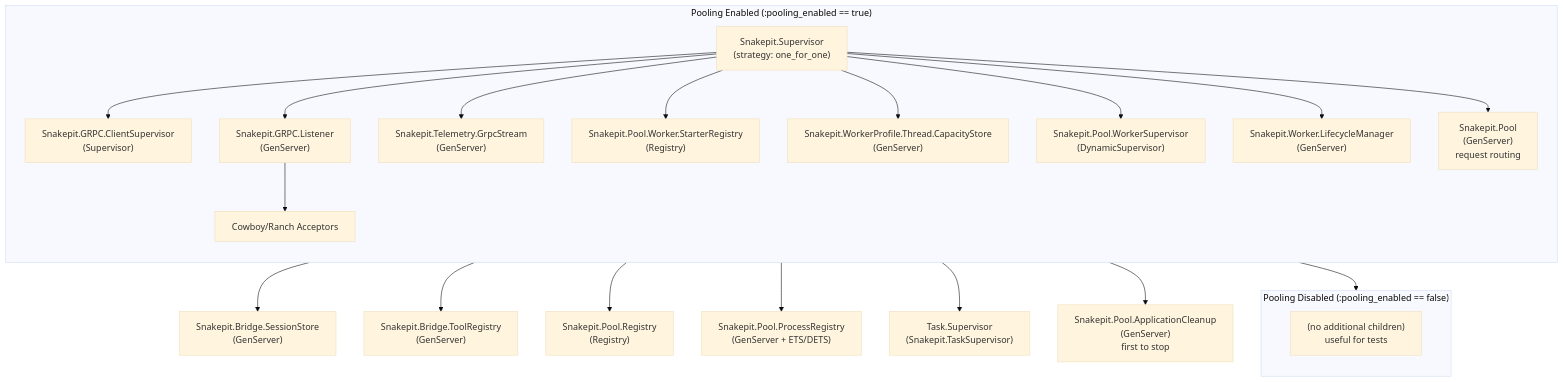
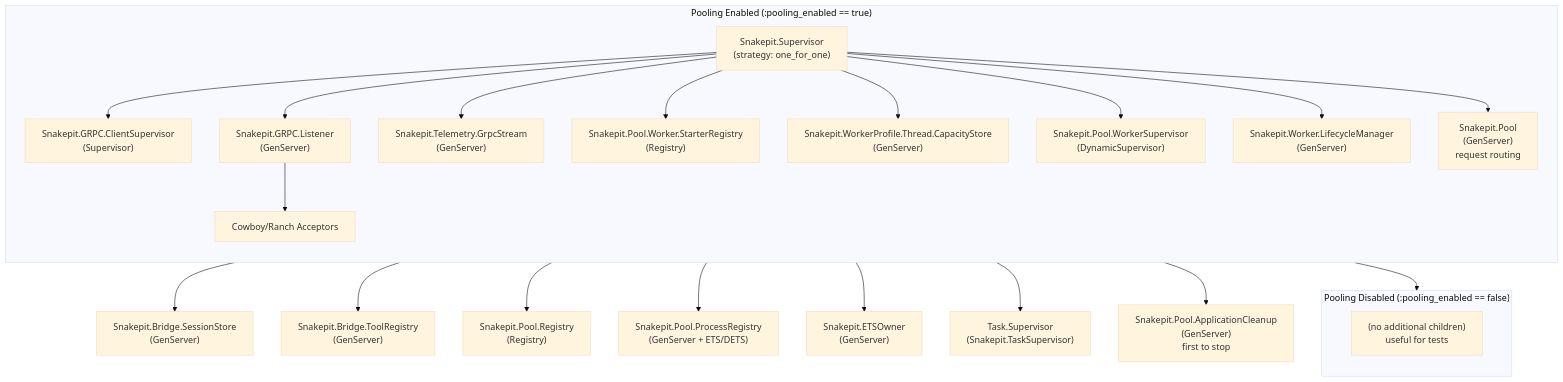
Before and after one commit to nshkrdotcom/snakepit: the diagram in lib/snakepit/supervisor_tree.md, drawn with Mermaid (base theme). The commit also changed other lines of this file and 9 other files, not shown here.

````diff
--- a/lib/snakepit/supervisor_tree.md
+++ b/lib/snakepit/supervisor_tree.md
@@ -10,28 +10,29 @@
 ```mermaid
 flowchart TD
     A["Snakepit.Supervisor\n(strategy: one_for_one)"]
     A --> B["Snakepit.Bridge.SessionStore\n(GenServer)"]
     A --> C["Snakepit.Bridge.ToolRegistry\n(GenServer)"]
     A --> C1["Snakepit.Pool.Registry\n(Registry)"]
     A --> C2["Snakepit.Pool.ProcessRegistry\n(GenServer + ETS/DETS)"]
-    A --> C3["Task.Supervisor\n(Snakepit.TaskSupervisor)"]
-    A --> C4["Snakepit.Pool.ApplicationCleanup\n(GenServer)\nfirst to stop"]
+    A --> C3["Snakepit.ETSOwner\n(GenServer)"]
+    A --> C4["Task.Supervisor\n(Snakepit.TaskSupervisor)"]
+    A --> C5["Snakepit.Pool.ApplicationCleanup\n(GenServer)\nfirst to stop"]
 
     subgraph "Pooling Enabled (:pooling_enabled == true)"
         direction TB
         A --> D["Snakepit.GRPC.ClientSupervisor\n(Supervisor)"]
         A --> E["Snakepit.GRPC.Listener\n(GenServer)"]
         E --> E1["Cowboy/Ranch Acceptors"]
         A --> F["Snakepit.Telemetry.GrpcStream\n(GenServer)"]
         A --> G["Snakepit.Pool.Worker.StarterRegistry\n(Registry)"]
         A --> H["Snakepit.WorkerProfile.Thread.CapacityStore\n(GenServer)"]
         A --> I["Snakepit.Pool.WorkerSupervisor\n(DynamicSupervisor)"]
         A --> J["Snakepit.Worker.LifecycleManager\n(GenServer)"]
         A --> K["Snakepit.Pool\n(GenServer)\nrequest routing"]
     end
 
     subgraph "Pooling Disabled (:pooling_enabled == false)"
         direction TB
         A --> M["(no additional children)\nuseful for tests"]
     end
 ```
````
